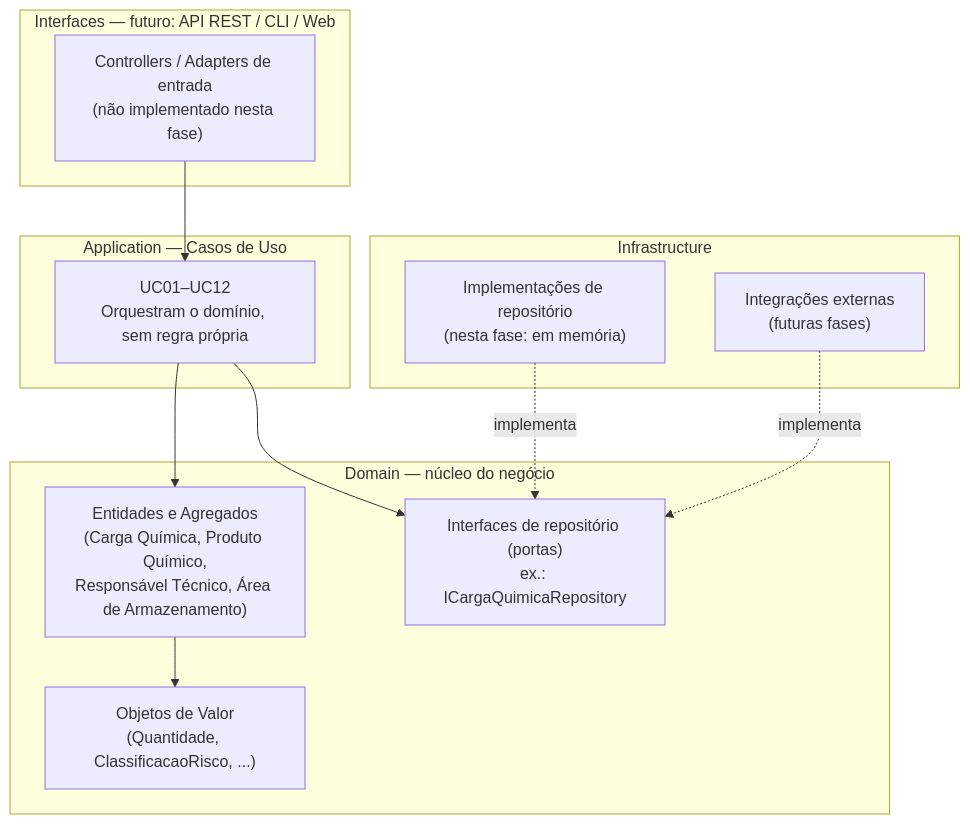
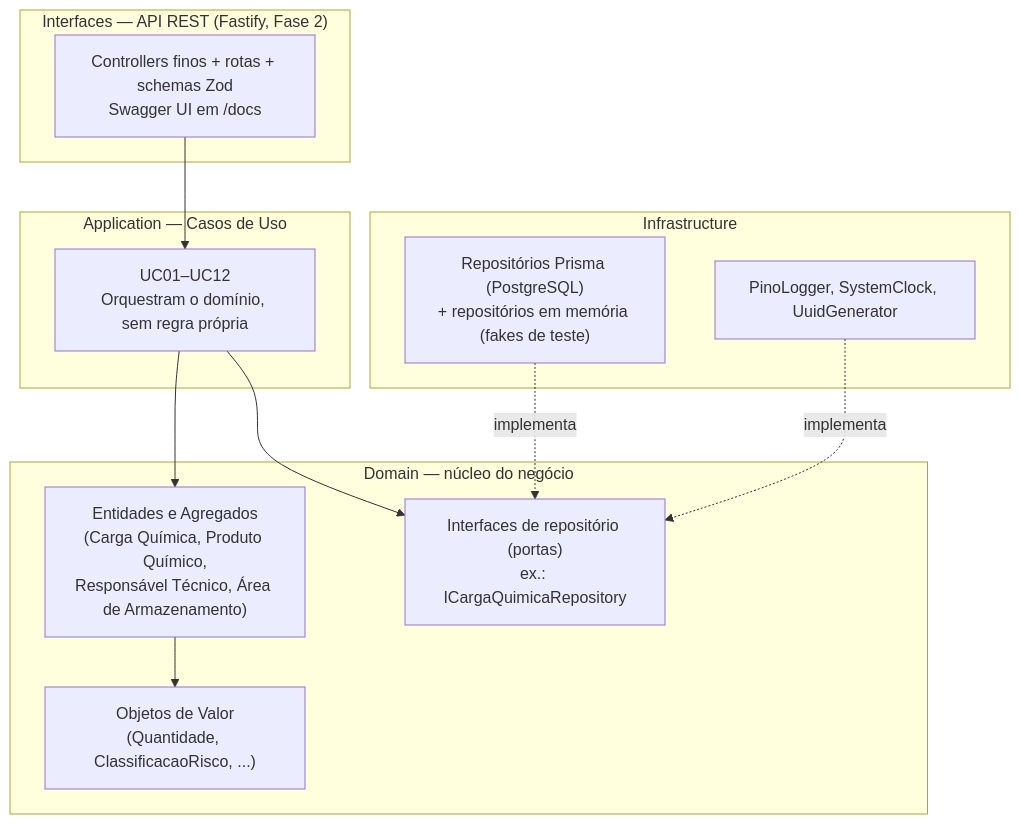
Before and after one commit to LuisCastanh0/quimiport: the diagram in docs/arquitetura.md, drawn with Mermaid. The commit also changed other lines of this file and 5 other files, not shown here.

First line of the commit message:
docs: atualiza README e documentacao da Fase 2 (modelagem de dados, ER fisico, ADRs, roteiro de video)

````diff
--- a/docs/arquitetura.md
+++ b/docs/arquitetura.md
@@ -20,28 +22,28 @@
 ```mermaid
 flowchart TD
-    subgraph INT["Interfaces — futuro: API REST / CLI / Web"]
-        I1["Controllers / Adapters de entrada<br/>(não implementado nesta fase)"]
+    subgraph INT["Interfaces — API REST (Fastify, Fase 2)"]
+        I1["Controllers finos + rotas + schemas Zod<br/>Swagger UI em /docs"]
     end
 
     subgraph APP["Application — Casos de Uso"]
         A1["UC01–UC12<br/>Orquestram o domínio, sem regra própria"]
     end
 
     subgraph DOM["Domain — núcleo do negócio"]
         D1["Entidades e Agregados<br/>(Carga Química, Produto Químico,<br/>Responsável Técnico, Área de Armazenamento)"]
         D2["Objetos de Valor<br/>(Quantidade, ClassificacaoRisco, ...)"]
         D3["Interfaces de repositório (portas)<br/>ex.: ICargaQuimicaRepository"]
     end
 
     subgraph INF["Infrastructure"]
-        F1["Implementações de repositório<br/>(nesta fase: em memória)"]
-        F2["Integrações externas<br/>(futuras fases)"]
+        F1["Repositórios Prisma (PostgreSQL)<br/>+ repositórios em memória (fakes de teste)"]
+        F2["PinoLogger, SystemClock, UuidGenerator"]
     end
 
     I1 --> A1
     A1 --> D1
     A1 --> D3
     D1 --> D2
     F1 -. implementa .-> D3
     F2 -. implementa .-> D3
 ```
````
